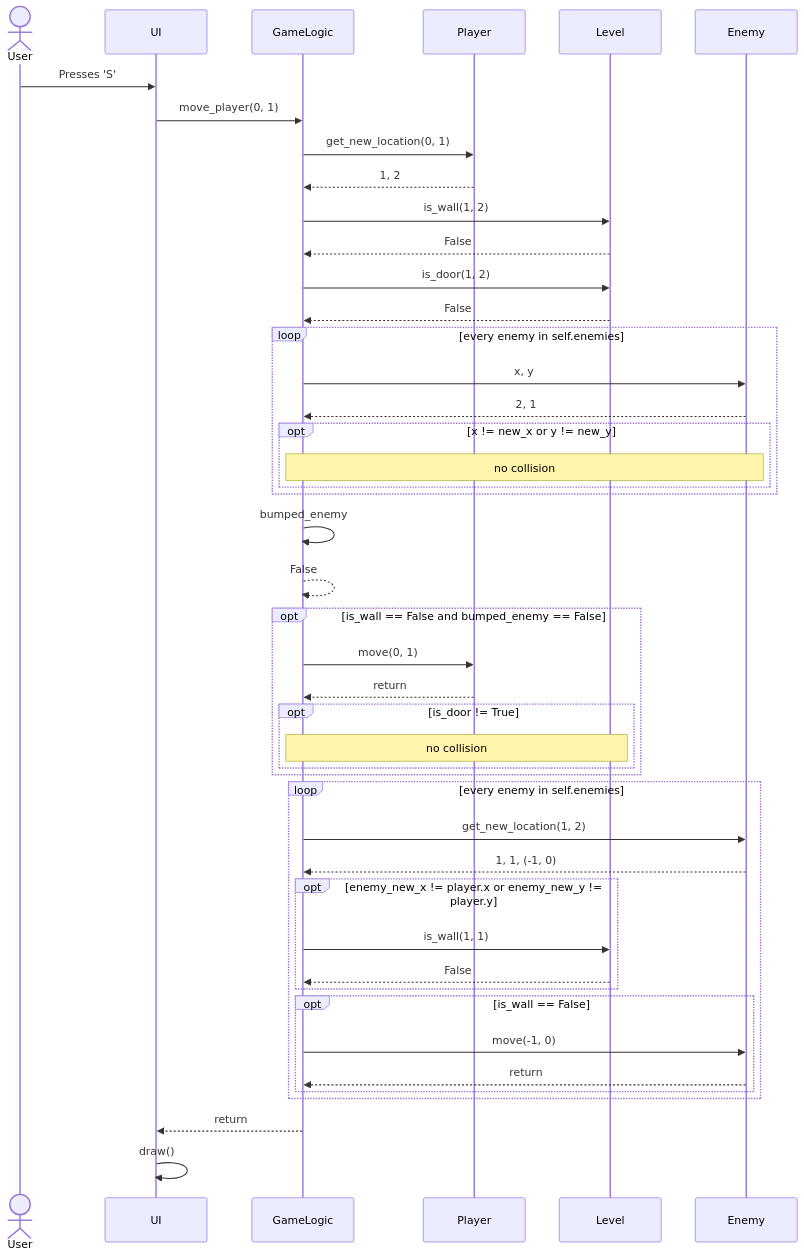
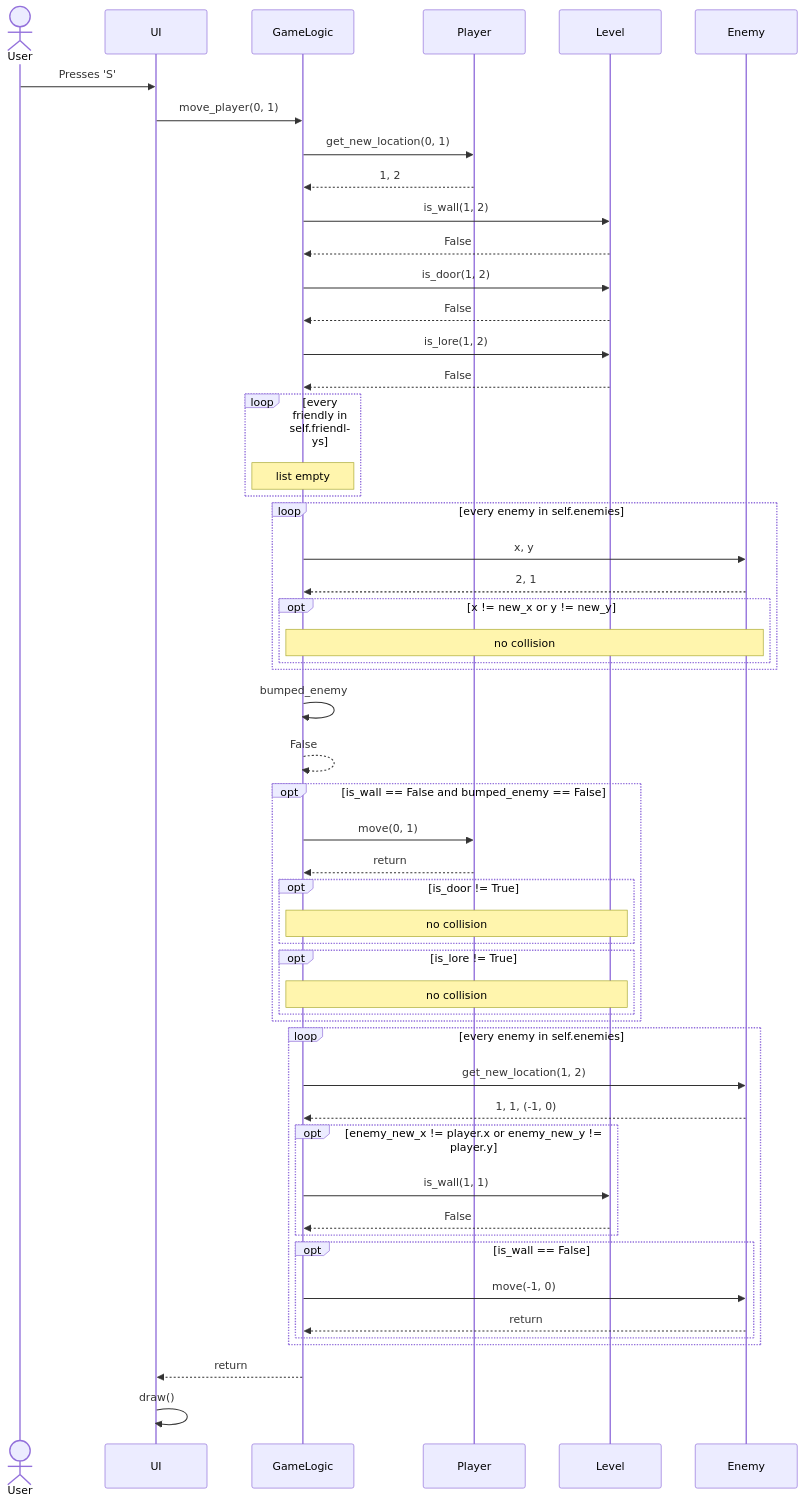
Before and after one commit to w1ll1ey/ot-harjoitustyo: the third of 4 diagrams in dokumentaatio/arkkitehtuuri.md, drawn with Mermaid. The commit also changed other lines of this file, not shown here.

````diff
--- a/dokumentaatio/arkkitehtuuri.md
+++ b/dokumentaatio/arkkitehtuuri.md
@@ -80,43 +107,51 @@
 ```mermaid
     sequenceDiagram
         actor User
         User->>UI: Presses 'S'
         UI->>GameLogic: move_player(0, 1)
         GameLogic->>Player: get_new_location(0, 1)
         Player-->>GameLogic: 1, 2
         GameLogic->>Level: is_wall(1, 2)
         Level-->>GameLogic: False
         GameLogic->>Level: is_door(1, 2)
         Level-->>GameLogic: False
+        GameLogic->>Level: is_lore(1, 2)
+        Level-->>GameLogic: False
+        loop every friendly in self.friendlys
+            Note over GameLogic: list empty
+        end
         loop every enemy in self.enemies
             GameLogic->>Enemy: x, y
             Enemy-->>GameLogic: 2, 1
 
             opt x != new_x or y != new_y
                 Note over GameLogic, Enemy: no collision
             end
         end
         GameLogic->>GameLogic: bumped_enemy
         GameLogic-->>GameLogic: False
         opt is_wall == False and bumped_enemy == False
             GameLogic->>Player: move(0, 1)
             Player-->>GameLogic: return
             opt is_door != True
+                Note over GameLogic, Level: no collision
+            end
+            opt is_lore != True
                 Note over GameLogic, Level: no collision
             end
         end
         loop every enemy in self.enemies
             GameLogic->>Enemy: get_new_location(1, 2)
             Enemy-->>GameLogic: 1, 1, (-1, 0)
             opt enemy_new_x != player.x or enemy_new_y != player.y
                 GameLogic->>Level: is_wall(1, 1)
                 Level-->>GameLogic: False
             end
             opt is_wall == False
                 GameLogic->>Enemy: move(-1, 0)
                 Enemy-->>GameLogic: return
             end
         end
         GameLogic-->>UI: return
         UI->>UI: draw()
 ```
````
